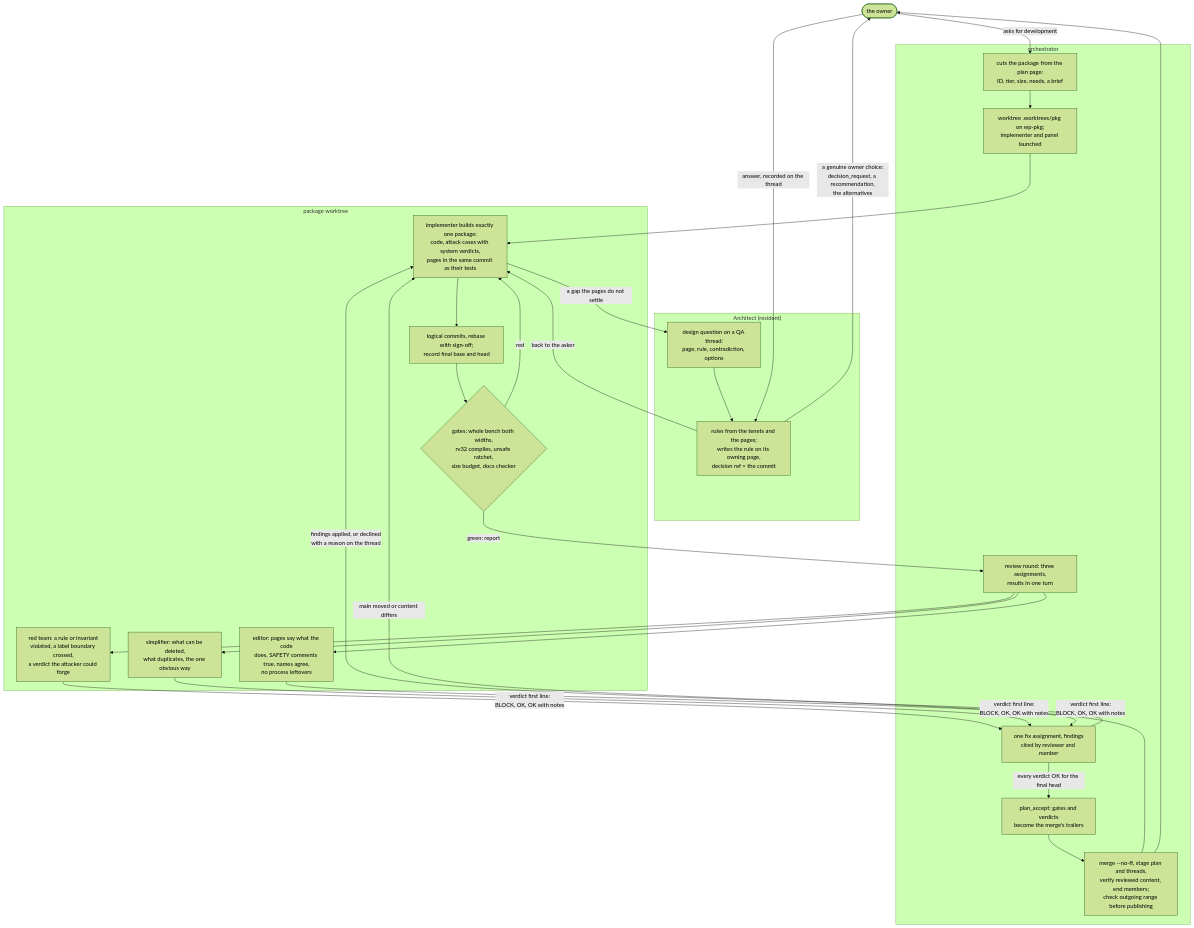
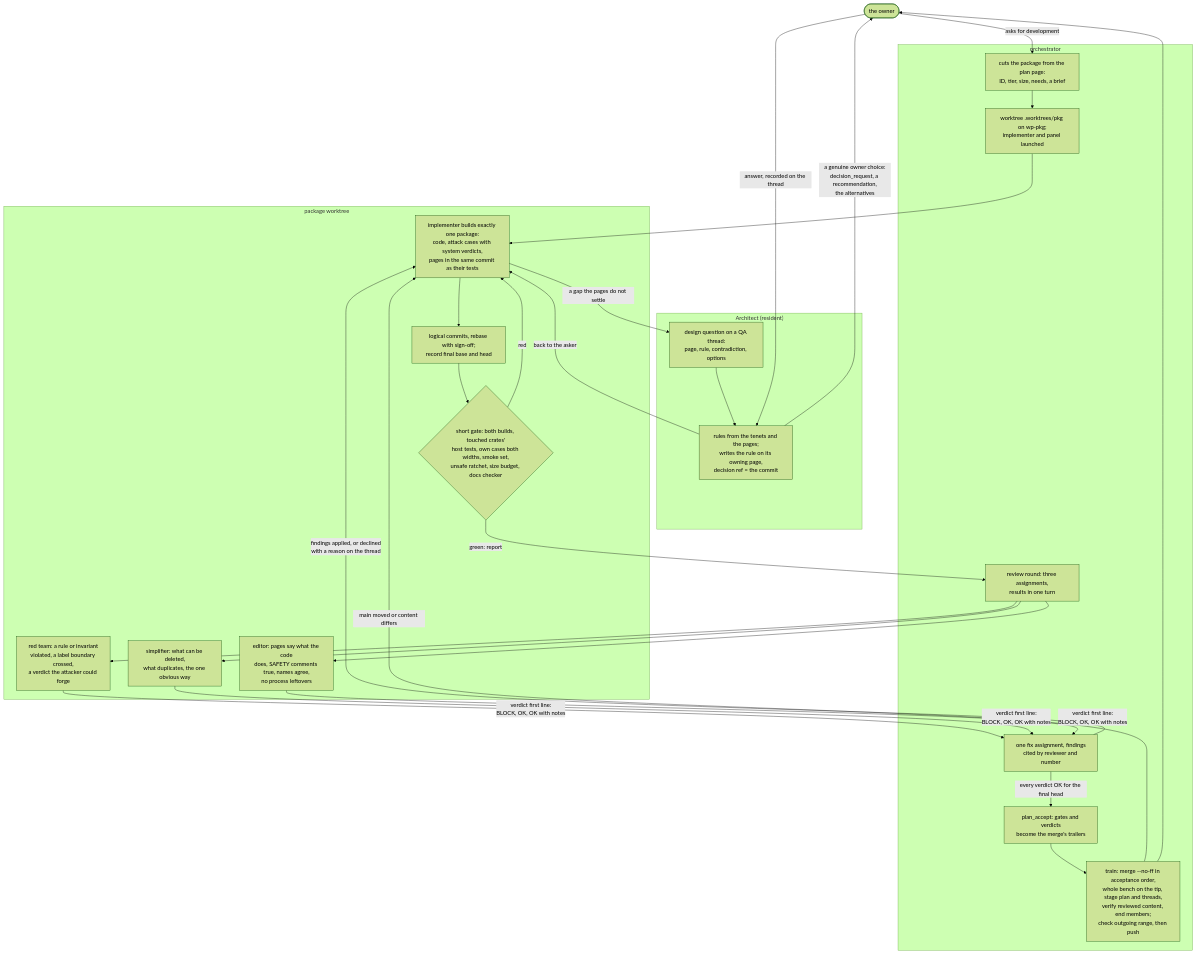
Before and after one commit to sirmick/redoubt: the diagram in .wash/SWARM.md, drawn with Mermaid (forest theme). The commit also changed other lines of this file and 2 other files, not shown here.

First line of the commit message:
process: the whole bench runs once per train of accepted packages, not once per package

````diff
--- a/.wash/SWARM.md
+++ b/.wash/SWARM.md
@@ -253,41 +254,41 @@
 ```mermaid
 flowchart TB
     OWNER(["the owner"])
     subgraph ORCH["orchestrator"]
         CUT["cuts the package from the plan page:\nID, tier, size, needs, a brief"]
         WT["worktree .worktrees/pkg on wp-pkg;\nimplementer and panel launched"]
         ROUND["review round: three assignments,\nresults in one turn"]
         FIX["one fix assignment, findings\ncited by reviewer and number"]
         ACCEPT["plan_accept: gates and verdicts\nbecome the merge's trailers"]
-        MERGE["merge --no-ff, stage plan and threads,\nverify reviewed content, end members;\ncheck outgoing range before publishing"]
+        MERGE["train: merge --no-ff in acceptance order,\nwhole bench on the tip, stage plan and threads,\nverify reviewed content, end members;\ncheck outgoing range, then push"]
     end
     subgraph ARCH["Architect (resident)"]
         DESIGN["design question on a QA thread:\npage, rule, contradiction, options"]
         RULE["rules from the tenets and the pages;\nwrites the rule on its owning page,\ndecision ref = the commit"]
     end
     subgraph PKG["package worktree"]
         IMPL["implementer builds exactly one package:\ncode, attack cases with system verdicts,\npages in the same commit as their tests"]
-        GATES{"gates: whole bench both widths,\nrv32 compiles, unsafe ratchet,\nsize budget, docs checker"}
+        GATES{"short gate: both builds, touched crates'\nhost tests, own cases both widths, smoke set,\nunsafe ratchet, size budget, docs checker"}
         RED["red team: a rule or invariant\nviolated, a label boundary crossed,\na verdict the attacker could forge"]
         SIMP["simplifier: what can be deleted,\nwhat duplicates, the one obvious way"]
         ED["editor: pages say what the code\ndoes, SAFETY comments true, names agree,\nno process leftovers"]
         FOLD["logical commits, rebase with sign-off;\nrecord final base and head"]
     end
     OWNER -- "asks for development" --> CUT
     CUT --> WT --> IMPL
     IMPL -- "a gap the pages do not settle" --> DESIGN
     DESIGN --> RULE
     RULE -- "a genuine owner choice:\ndecision_request, a recommendation,\nthe alternatives" --> OWNER
     OWNER -- "answer, recorded on the thread" --> RULE
     RULE -- "back to the asker" --> IMPL
     IMPL --> FOLD --> GATES
     GATES -- "red" --> IMPL
     GATES -- "green: report" --> ROUND
     ROUND --> RED & SIMP & ED
     RED & SIMP & ED -- "verdict first line:\nBLOCK, OK, OK with notes" --> FIX
     FIX -- "findings applied, or declined\nwith a reason on the thread" --> IMPL
     FIX -- "every verdict OK for the final head" --> ACCEPT
     ACCEPT --> MERGE
     MERGE -- "main moved or content differs" --> IMPL
     MERGE --> OWNER
 ```
````
